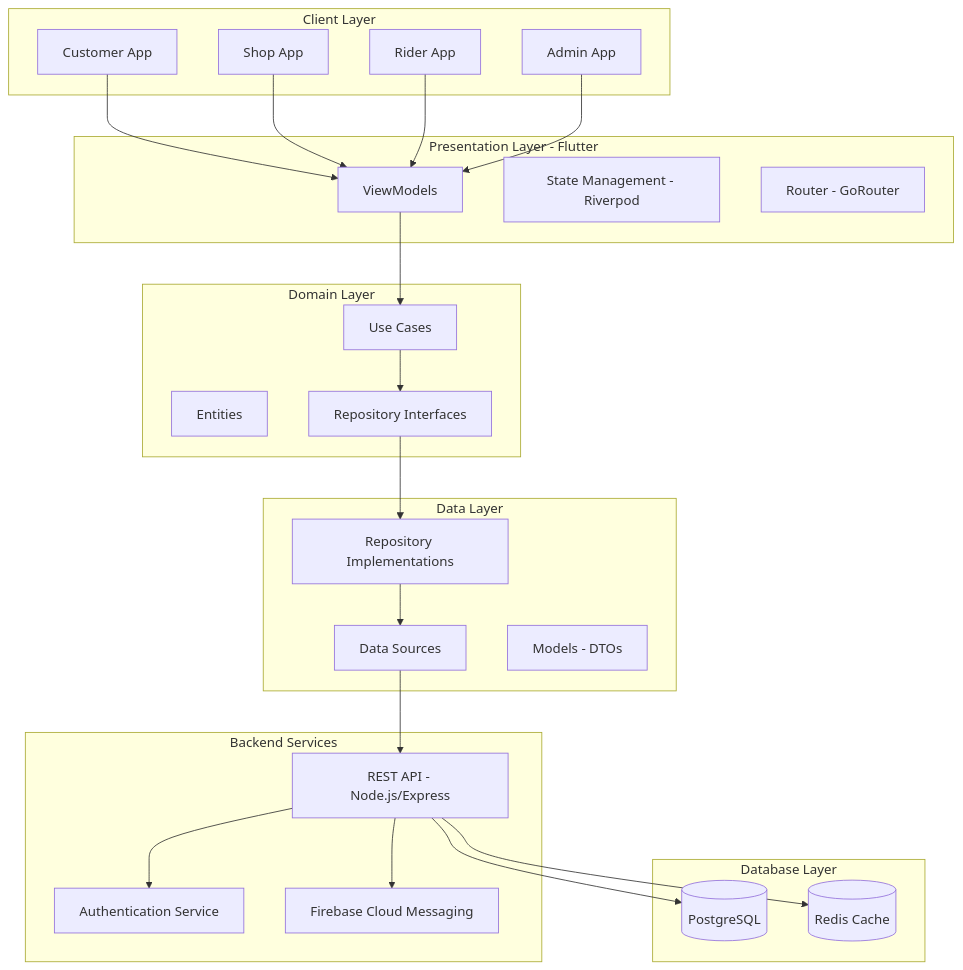
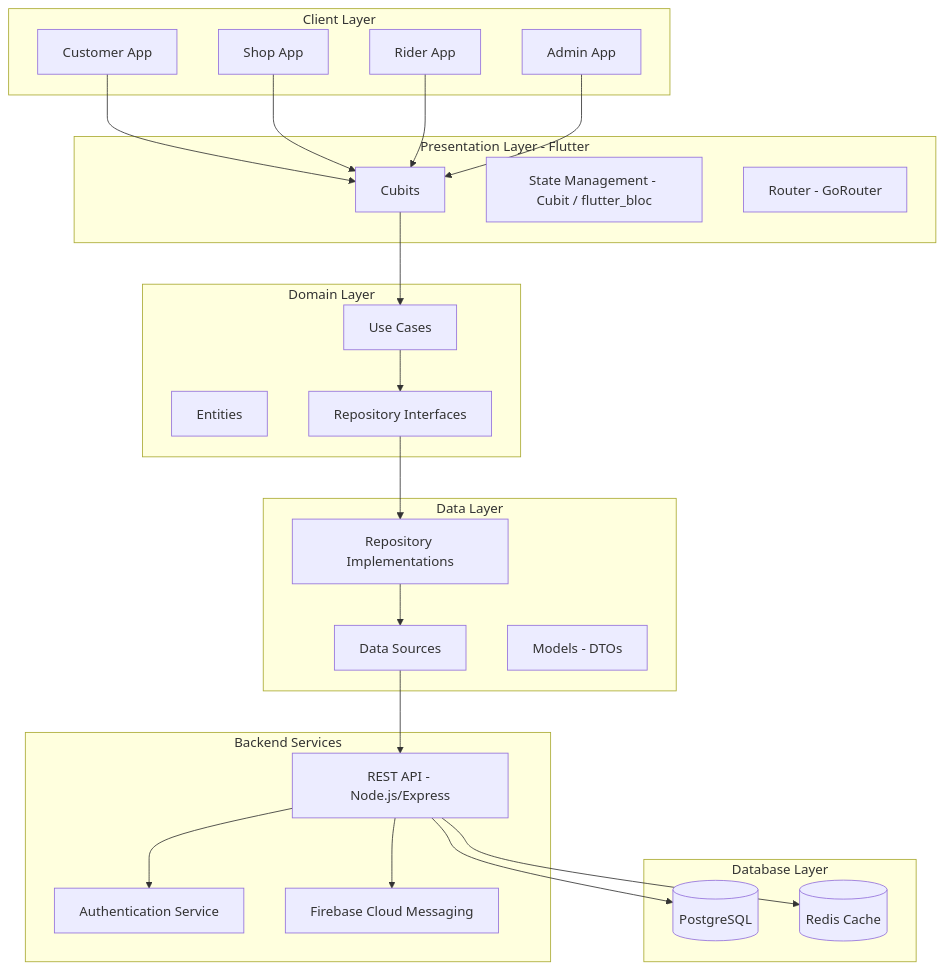
One commit to mohammedkhattab2/baladi changed the first of 6 diagrams in docs/architecture/BALADI_ARCHITECTURE.md. Above: the diagram before and after it, drawn with Mermaid. The commit also changed other lines of this file and 85 other files, not shown here.

````diff
--- a/docs/architecture/BALADI_ARCHITECTURE.md
+++ b/docs/architecture/BALADI_ARCHITECTURE.md
@@ -28,54 +28,54 @@
 ```mermaid
 graph TB
     subgraph Client Layer
         CA[Customer App]
         SA[Shop App]
         RA[Rider App]
         AA[Admin App]
     end
     
     subgraph Presentation Layer - Flutter
-        VM[ViewModels]
-        ST[State Management - Riverpod]
+        CB[Cubits]
+        ST[State Management - Cubit / flutter_bloc]
         RT[Router - GoRouter]
     end
     
     subgraph Domain Layer
         UC[Use Cases]
         EN[Entities]
         RP[Repository Interfaces]
     end
     
     subgraph Data Layer
         RI[Repository Implementations]
         DS[Data Sources]
         MO[Models - DTOs]
     end
     
     subgraph Backend Services
         API[REST API - Node.js/Express]
         AUTH[Authentication Service]
         NOTIF[Firebase Cloud Messaging]
     end
     
     subgraph Database Layer
         PG[(PostgreSQL)]
         RD[(Redis Cache)]
     end
     
-    CA --> VM
-    SA --> VM
-    RA --> VM
-    AA --> VM
+    CA --> CB
+    SA --> CB
+    RA --> CB
+    AA --> CB
     
-    VM --> UC
+    CB --> UC
     UC --> RP
     RP --> RI
     RI --> DS
     DS --> API
     
     API --> AUTH
     API --> PG
     API --> RD
     API --> NOTIF
 ```
````
